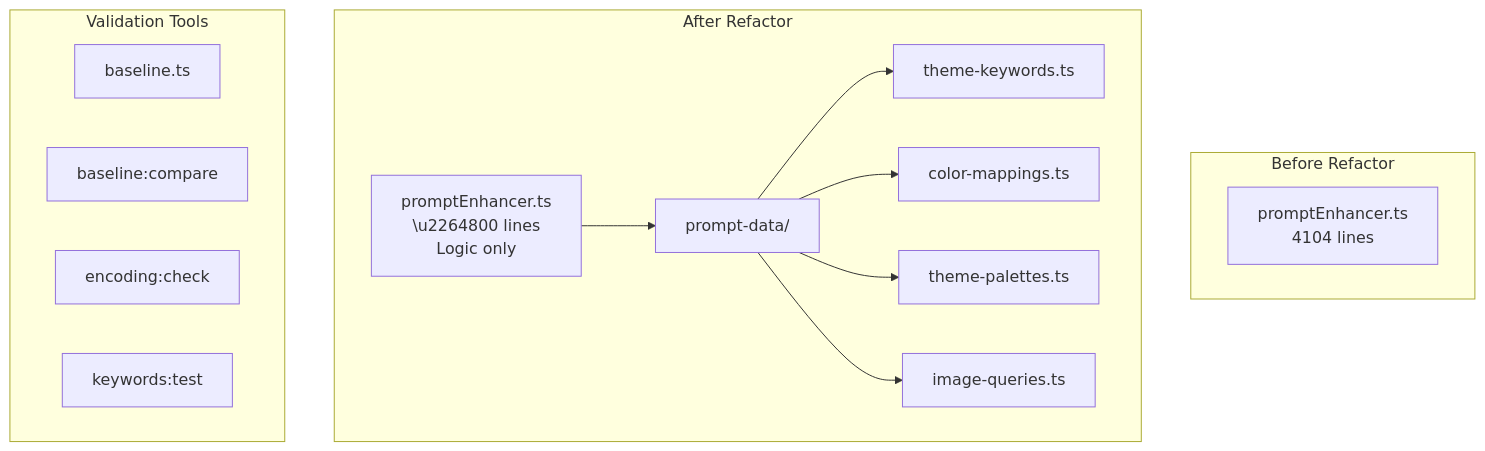
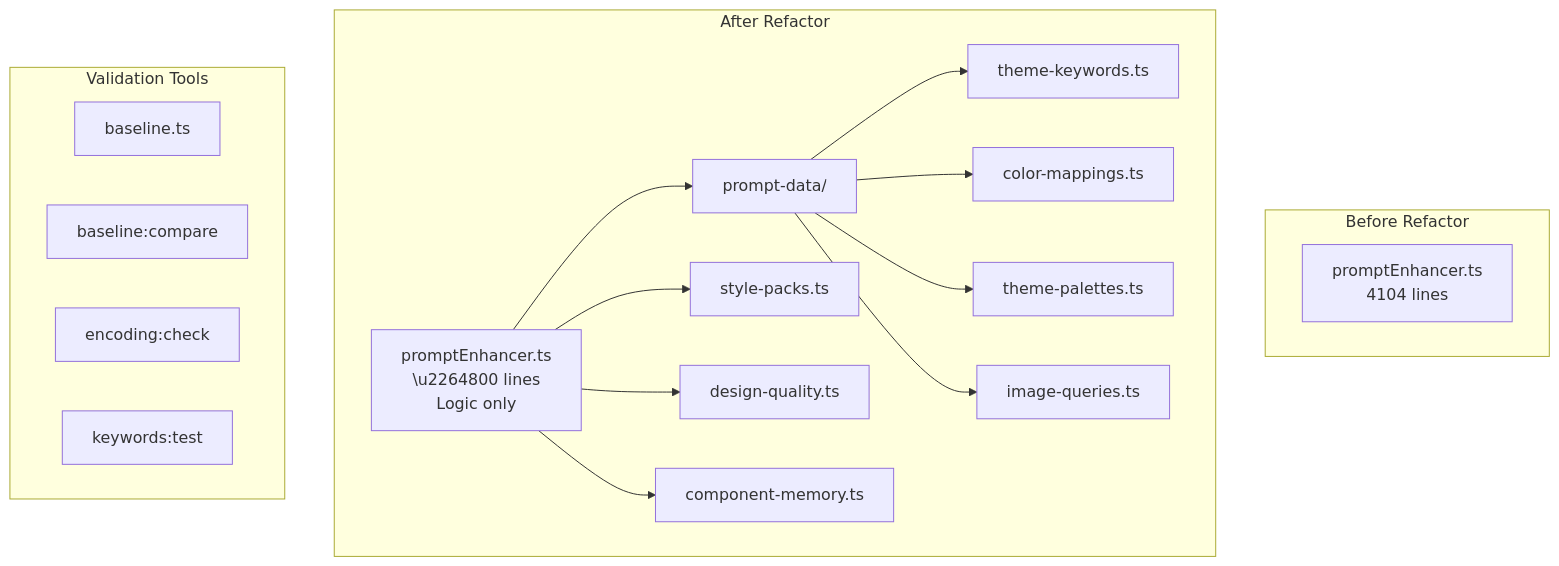
The diagram in .kiro/specs/prompt-enhancer-refactor/design.md (Web-pixel-creator/BIGPROLECT), drawn with Mermaid before and after one commit. The commit also changed other lines of this file and 11 other files, not shown here.

Commit message:
Update specs: design quality + variants focus

````diff
--- a/.kiro/specs/prompt-enhancer-refactor/design.md
+++ b/.kiro/specs/prompt-enhancer-refactor/design.md
@@ -31,28 +31,34 @@
 ```mermaid
 graph TB
     subgraph "Before Refactor"
         PE[promptEnhancer.ts<br/>4104 lines]
     end
     
     subgraph "After Refactor"
         PE2[promptEnhancer.ts<br/>\u2264800 lines<br/>Logic only]
         PD[prompt-data/]
         TK[theme-keywords.ts]
         CM[color-mappings.ts]
         TP[theme-palettes.ts]
         IQ[image-queries.ts]
+        SP[style-packs.ts]
+        DQ[design-quality.ts]
+        CMEM[component-memory.ts]
         
         PE2 --> PD
+        PE2 --> SP
+        PE2 --> DQ
+        PE2 --> CMEM
         PD --> TK
         PD --> CM
         PD --> TP
         PD --> IQ
     end
     
     subgraph "Validation Tools"
         BS[baseline.ts]
         BC[baseline:compare]
         EC[encoding:check]
         KT[keywords:test]
     end
 ```
````
